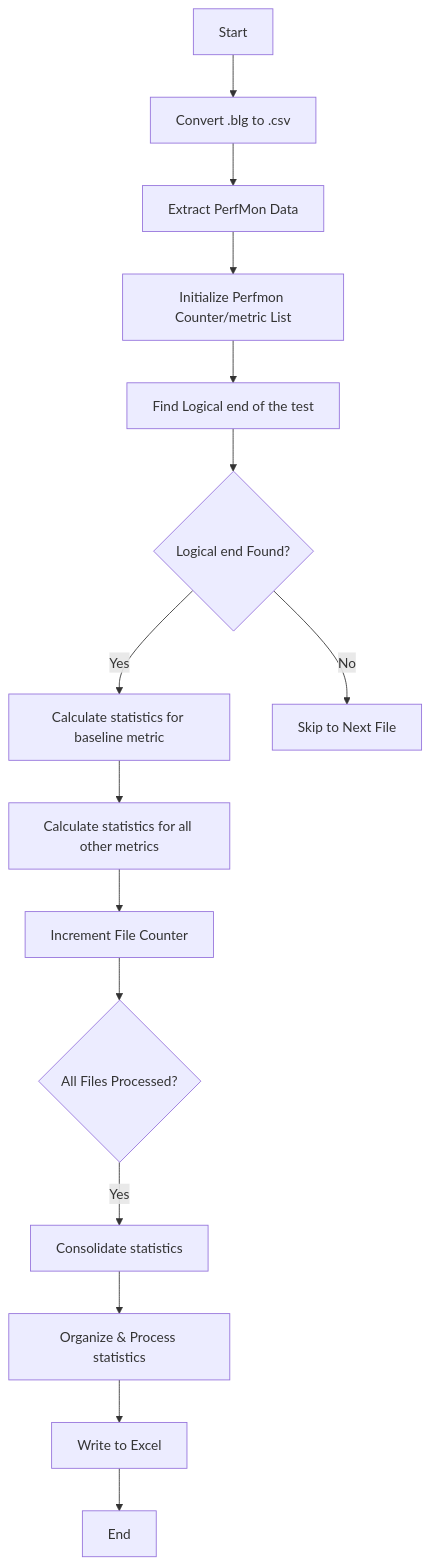
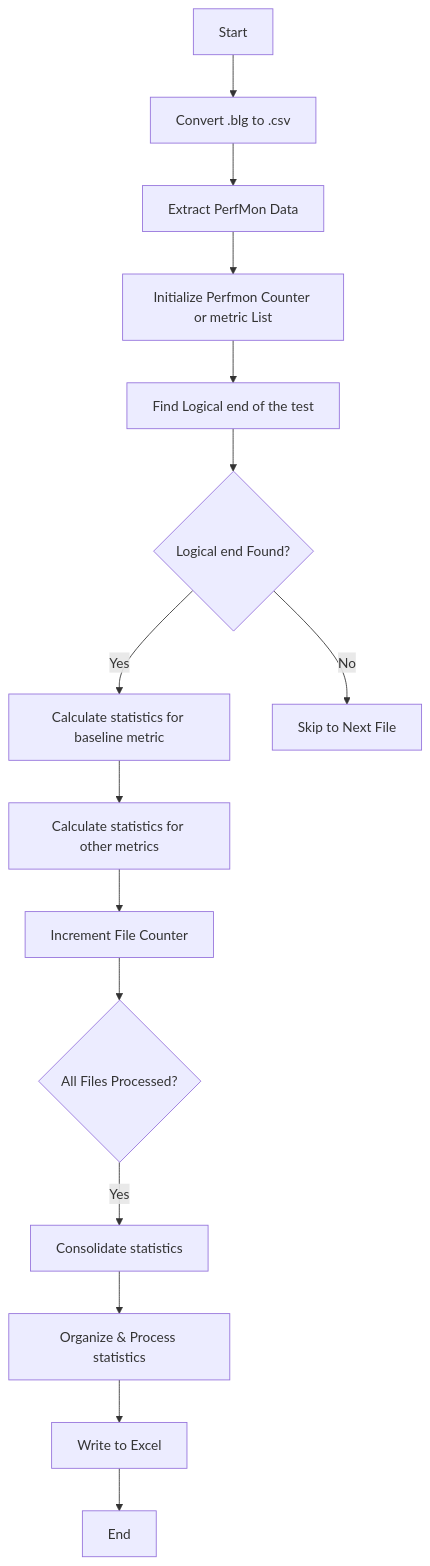
The diagram in README.md (Mahesh-MSFT/perfmon-analysis), drawn with Mermaid before and after one commit.

Commit message:
Refine flowchart descriptions in README.md for clarity

````diff
--- a/README.md
+++ b/README.md
@@ -32,18 +32,18 @@
 ```mermaid
 flowchart TD
 
     A[Start] --> B[Convert .blg to .csv]
     B --> C[Extract PerfMon Data]
-    C --> D[Initialize Perfmon Counter/metric List]
+    C --> D[Initialize Perfmon Counter or metric List]
     D --> E[Find Logical end of the test]
     E --> F{Logical end Found?}
     F -->|Yes| G[Calculate statistics for baseline metric]
     F -->|No| H[Skip to Next File]
-    G --> I[Calculate statistics for all other metrics]
+    G --> I[Calculate statistics for other metrics]
     I --> J[Increment File Counter]
     J --> K{All Files Processed?}
     K -->|Yes| L[Consolidate statistics]
     L --> M[Organize & Process statistics]
     M --> N[Write to Excel]
     N --> O[End]
 ```
````
